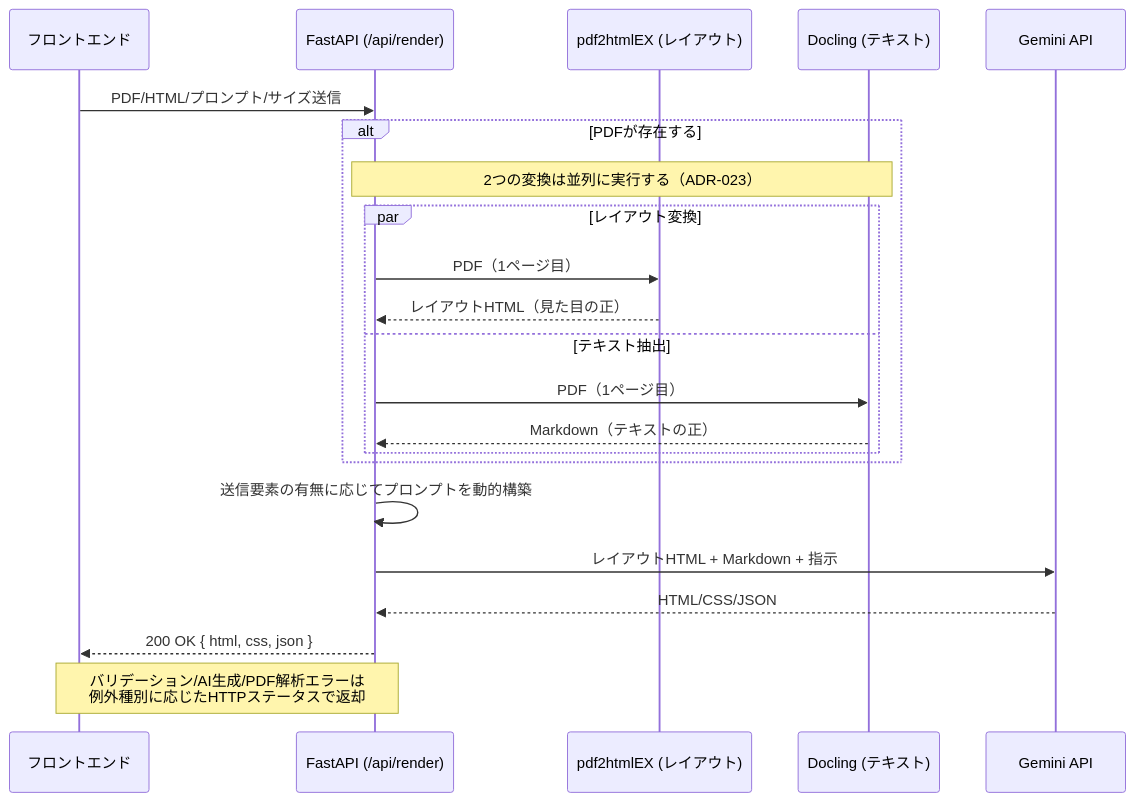
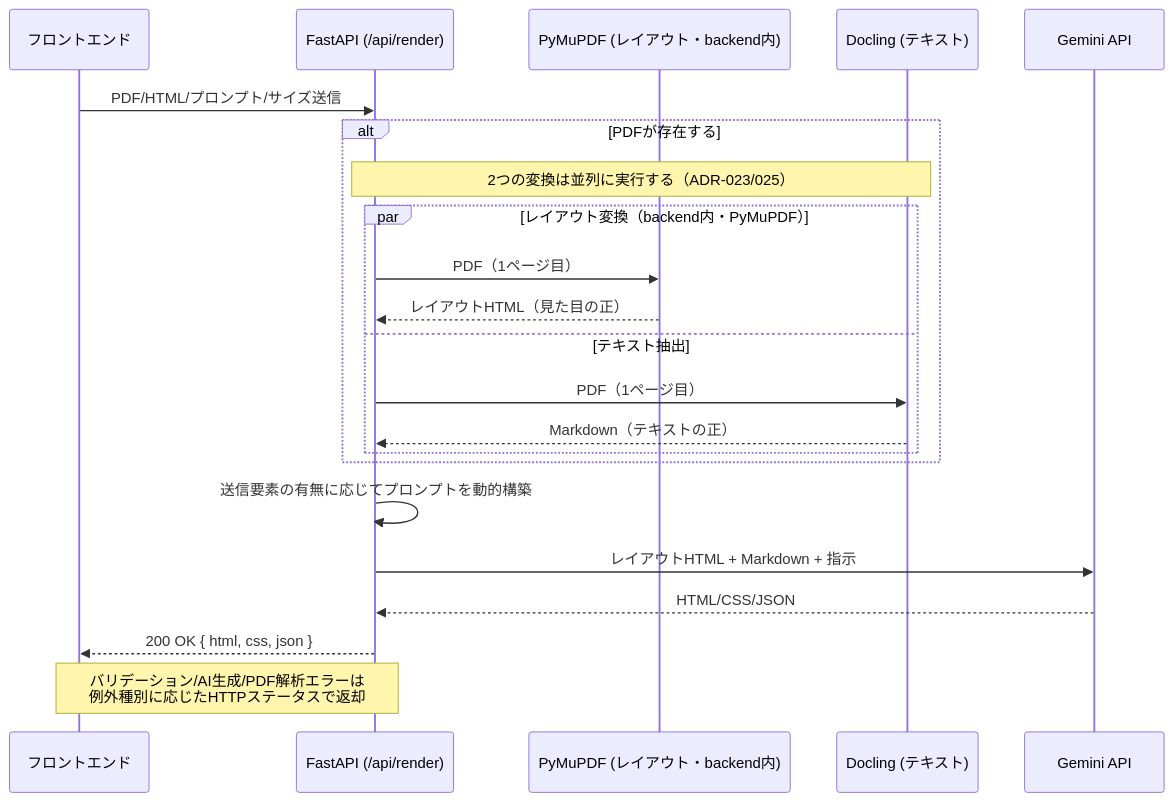
Before and after one commit to EisukeHishikawa/adapt-sheet: the second of 4 diagrams in docs/architecture.md, drawn with Mermaid. The commit also changed other lines of this file and 32 other files, not shown here.

First line of the commit message:
refactor: レイアウトHTML生成をpdf2htmlEX専用コンテナからPyMuPDF(backend内)へ置き換え(ADR-025)

````diff
--- a/docs/architecture.md
+++ b/docs/architecture.md
@@ -46,25 +44,25 @@
 ```mermaid
 sequenceDiagram
     participant FE as フロントエンド
     participant API as FastAPI (/api/render)
-    participant P2H as pdf2htmlEX (レイアウト)
+    participant Layout as PyMuPDF (レイアウト・backend内)
     participant Docling as Docling (テキスト)
     participant Gemini as Gemini API
 
     FE->>API: PDF/HTML/プロンプト/サイズ送信
     alt PDFが存在する
-        Note over API,Docling: 2つの変換は並列に実行する（ADR-023）
-        par レイアウト変換
-            API->>P2H: PDF（1ページ目）
-            P2H-->>API: レイアウトHTML（見た目の正）
+        Note over API,Docling: 2つの変換は並列に実行する（ADR-023/025）
+        par レイアウト変換（backend内・PyMuPDF）
+            API->>Layout: PDF（1ページ目）
+            Layout-->>API: レイアウトHTML（見た目の正）
         and テキスト抽出
             API->>Docling: PDF（1ページ目）
             Docling-->>API: Markdown（テキストの正）
         end
     end
     API->>API: 送信要素の有無に応じてプロンプトを動的構築
     API->>Gemini: レイアウトHTML + Markdown + 指示
     Gemini-->>API: HTML/CSS/JSON
     API-->>FE: 200 OK { html, css, json }
     Note over API,FE: バリデーション/AI生成/PDF解析エラーは<br/>例外種別に応じたHTTPステータスで返却
 ```
````
